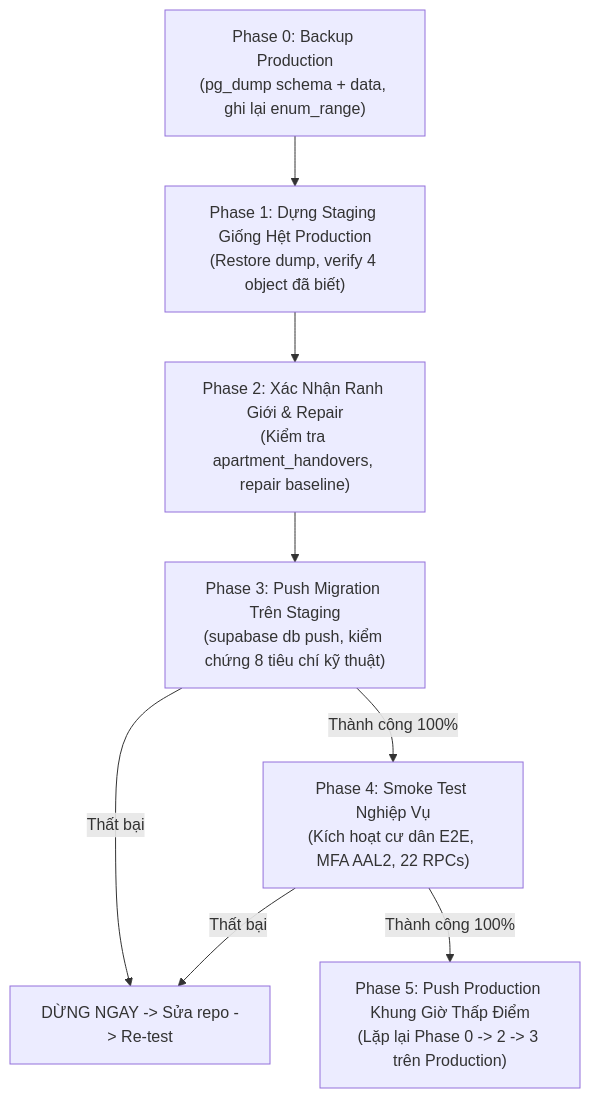
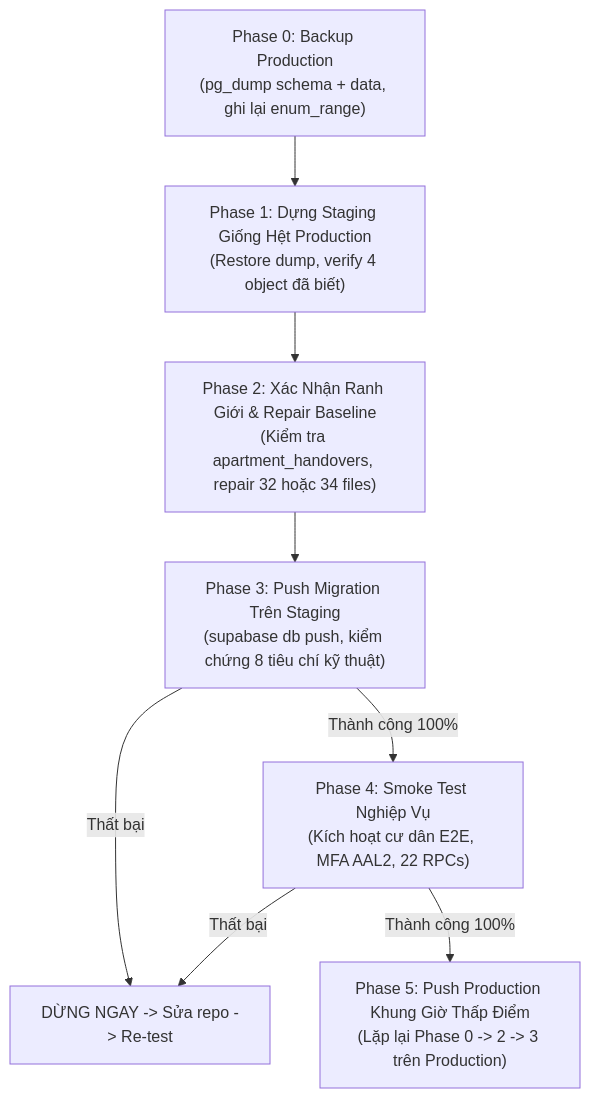
Before and after one commit to PVM-05/PKA-Home: the first of 2 diagrams in docs/MIGRATION_DEPLOYMENT_RUNBOOK.md, drawn with Mermaid. The commit also changed other lines of this file and 168 other files, not shown here.

````diff
--- a/docs/MIGRATION_DEPLOYMENT_RUNBOOK.md
+++ b/docs/MIGRATION_DEPLOYMENT_RUNBOOK.md
@@ -11,10 +11,10 @@
 ```mermaid
 flowchart TD
     P0["Phase 0: Backup Production<br/>(pg_dump schema + data, ghi lại enum_range)"] --> P1["Phase 1: Dựng Staging Giống Hệt Production<br/>(Restore dump, verify 4 object đã biết)"]
-    P1 --> P2["Phase 2: Xác Nhận Ranh Giới & Repair<br/>(Kiểm tra apartment_handovers, repair baseline)"]
+    P1 --> P2["Phase 2: Xác Nhận Ranh Giới & Repair Baseline<br/>(Kiểm tra apartment_handovers, repair 32 hoặc 34 files)"]
     P2 --> P3["Phase 3: Push Migration Trên Staging<br/>(supabase db push, kiểm chứng 8 tiêu chí kỹ thuật)"]
     P3 -- "Thất bại" --> Fix["DỪNG NGAY -> Sửa repo -> Re-test"]
     P3 -- "Thành công 100%" --> P4["Phase 4: Smoke Test Nghiệp Vụ<br/>(Kích hoạt cư dân E2E, MFA AAL2, 22 RPCs)"]
     P4 -- "Thất bại" --> Fix
     P4 -- "Thành công 100%" --> P5["Phase 5: Push Production Khung Giờ Thấp Điểm<br/>(Lặp lại Phase 0 -> 2 -> 3 trên Production)"]
 ```
````
